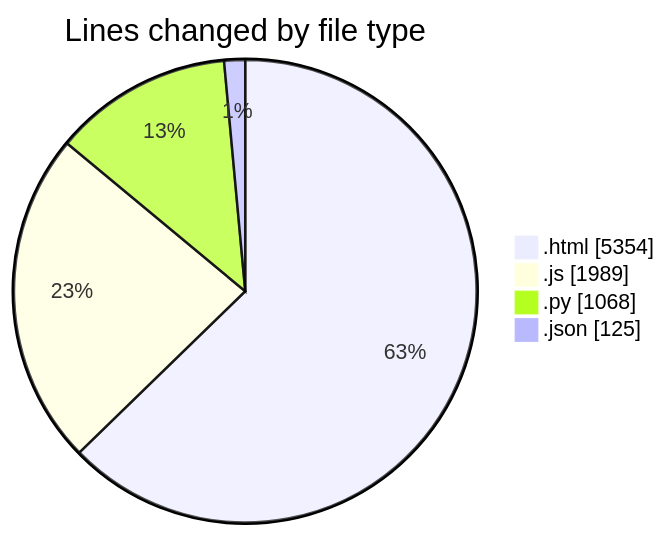
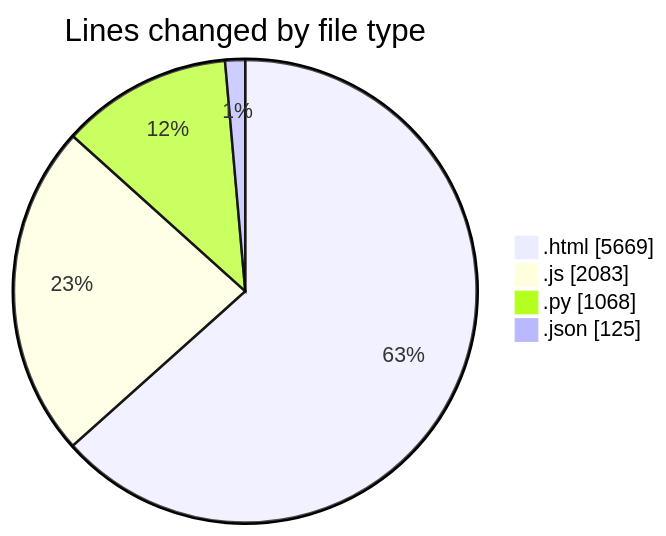
The first of 2 diagrams in 2026-07-15/shibass-ai/README.md (shibass792/code-tracking), drawn with Mermaid before and after one commit. The commit also changed other lines of this file and 1 other file, not shown here.

````diff
--- a/2026-07-15/shibass-ai/README.md
+++ b/2026-07-15/shibass-ai/README.md
@@ -29,8 +30,8 @@
 ```mermaid
 pie showData
 title Lines changed by file type
-".html" : 5354
-".js" : 1989
+".html" : 5669
+".js" : 2083
 ".py" : 1068
 ".json" : 125
 ```
````
